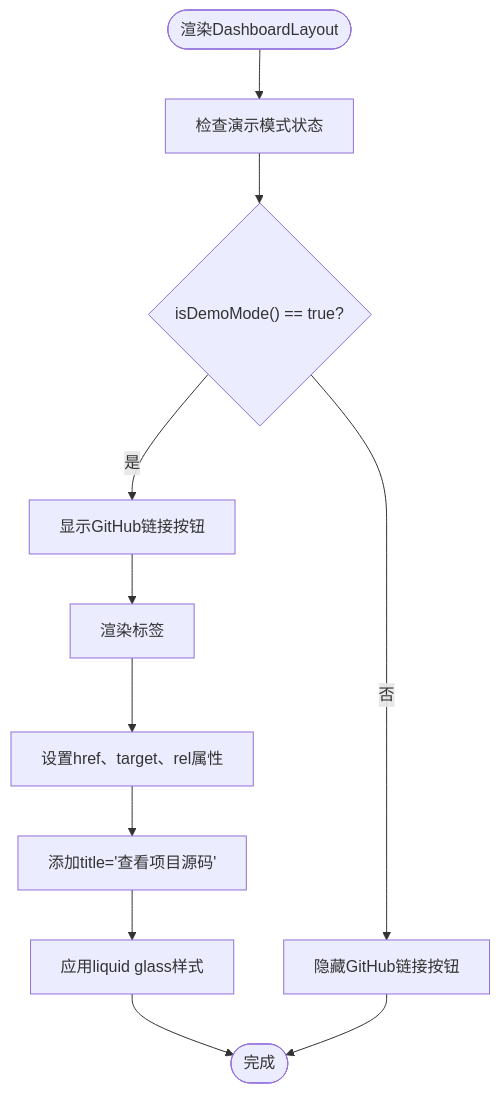
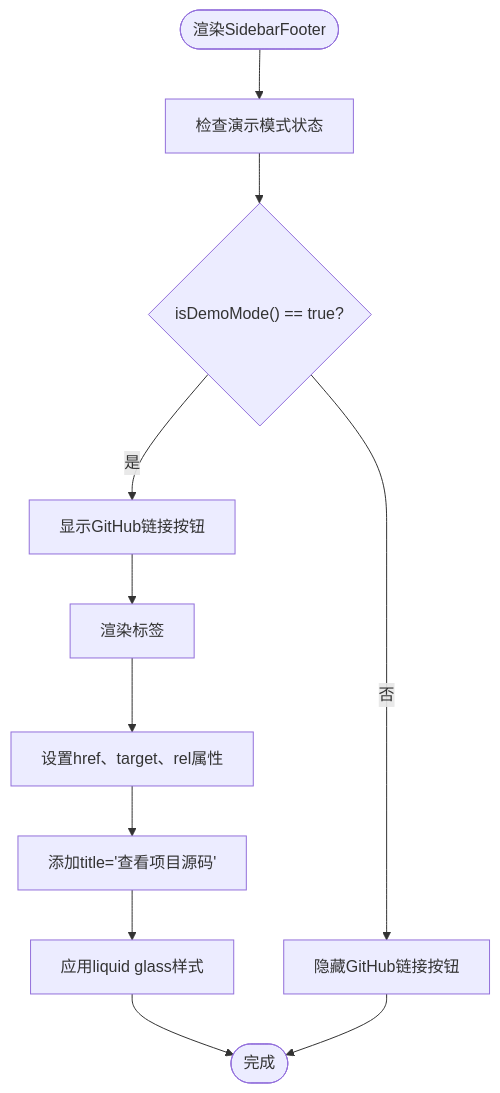
One commit to RadiumAg/AIGate changed the fourth of 15 diagrams in .qoder/repowiki/zh/content/前端组件/仪表板布局.md. Above: the diagram before and after it, drawn with Mermaid. The commit also changed other lines of this file and 10 other files, not shown here.

````diff
--- a/.qoder/repowiki/zh/content/前端组件/仪表板布局.md
+++ b/.qoder/repowiki/zh/content/前端组件/仪表板布局.md
@@ -274,13 +302,13 @@
 ```mermaid
 flowchart TD
-Start([渲染DashboardLayout]) --> CheckDemo["检查演示模式状态"]
+Start([渲染SidebarFooter]) --> CheckDemo["检查演示模式状态"]
 CheckDemo --> IsDemo{"isDemoMode() == true?"}
 IsDemo --> |是| ShowLink["显示GitHub链接按钮"]
 IsDemo --> |否| HideLink["隐藏GitHub链接按钮"]
 ShowLink --> RenderLink["渲染<a>标签"]
 RenderLink --> SetAttributes["设置href、target、rel属性"]
 SetAttributes --> AddTooltip["添加title='查看项目源码'"]
 AddTooltip --> AddStyles["应用liquid glass样式"]
 AddStyles --> End([完成])
 HideLink --> End
 ```
````
